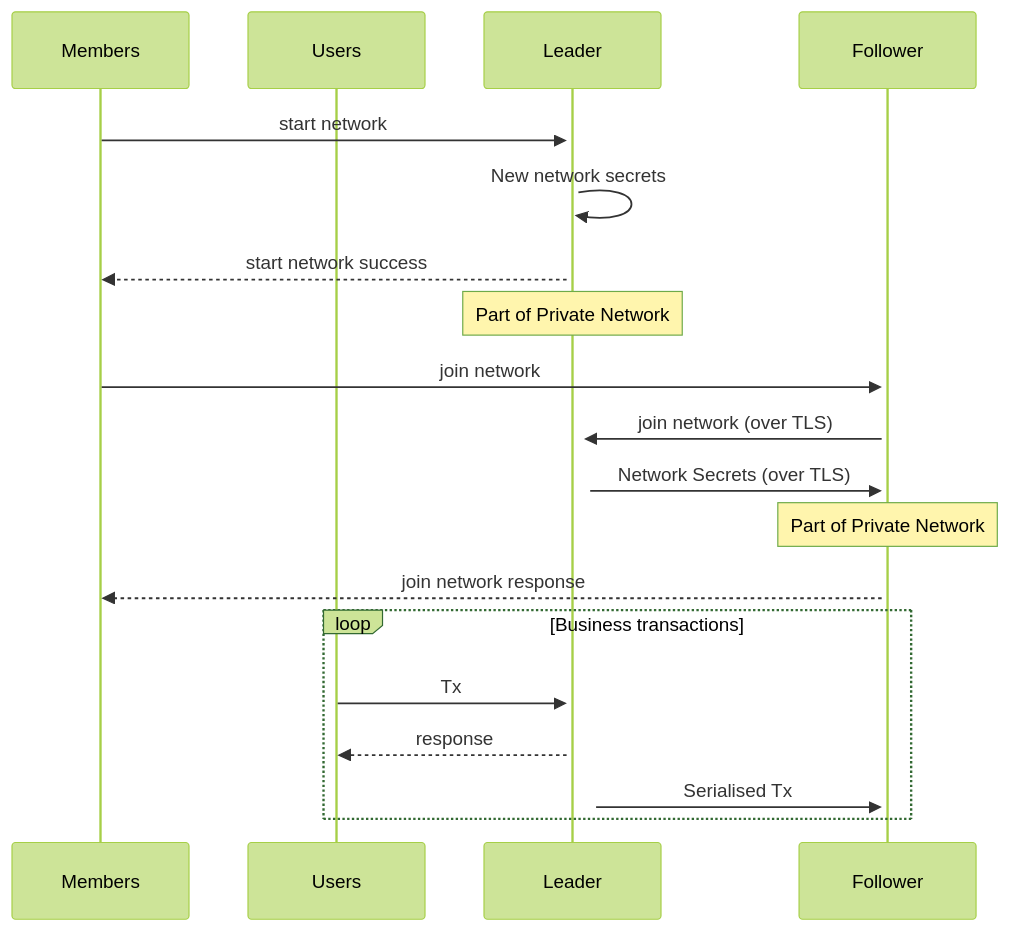
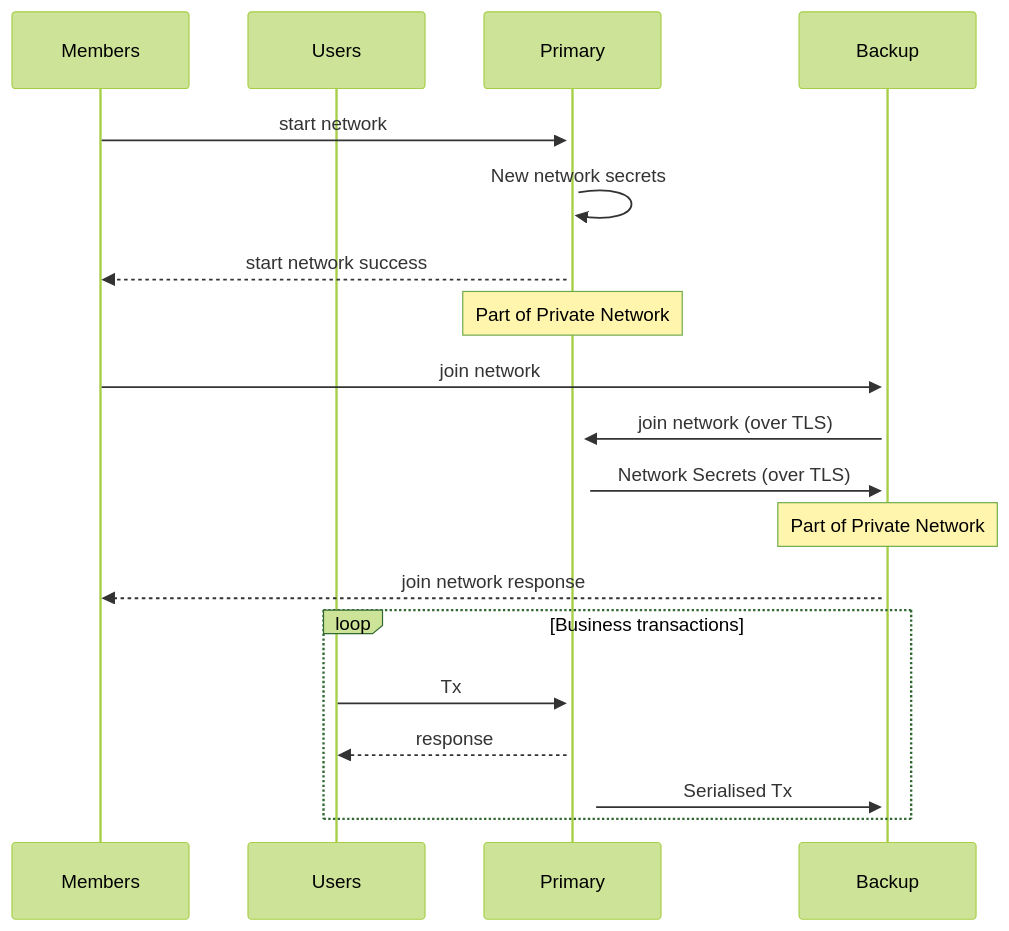
One commit to microsoft/CCF changed the diagram in sphinx/source/start_network.rst. Above: the diagram before and after it, drawn with Mermaid (forest theme). The commit also changed other lines of this file and 19 other files, not shown here.

```diff
--- a/sphinx/source/start_network.rst
+++ b/sphinx/source/start_network.rst
@@ -97,27 +97,27 @@
 .. mermaid::
 
     sequenceDiagram
         participant Members
         participant Users
-        participant Leader
-        participant Follower
+        participant Primary
+        participant Backup
 
-        Members->>+Leader: start network
-        Leader->>+Leader: New network secrets
-        Leader-->>Members: start network success
+        Members->>+Primary: start network
+        Primary->>+Primary: New network secrets
+        Primary-->>Members: start network success
 
-        Note over Leader: Part of Private Network
+        Note over Primary: Part of Private Network
 
-        Members->>+Follower: join network
-        Follower->>+Leader: join network (over TLS)
-        Leader->>+Follower: Network Secrets (over TLS)
+        Members->>+Backup: join network
+        Backup->>+Primary: join network (over TLS)
+        Primary->>+Backup: Network Secrets (over TLS)
 
-        Note over Follower: Part of Private Network
+        Note over Backup: Part of Private Network
 
-        Follower-->>Members: join network response
+        Backup-->>Members: join network response
 
         loop Business transactions
-            Users->>+Leader: Tx
-            Leader-->>Users: response
-            Leader->>+Follower: Serialised Tx
+            Users->>+Primary: Tx
+            Primary-->>Users: response
+            Primary->>+Backup: Serialised Tx
         end
```
